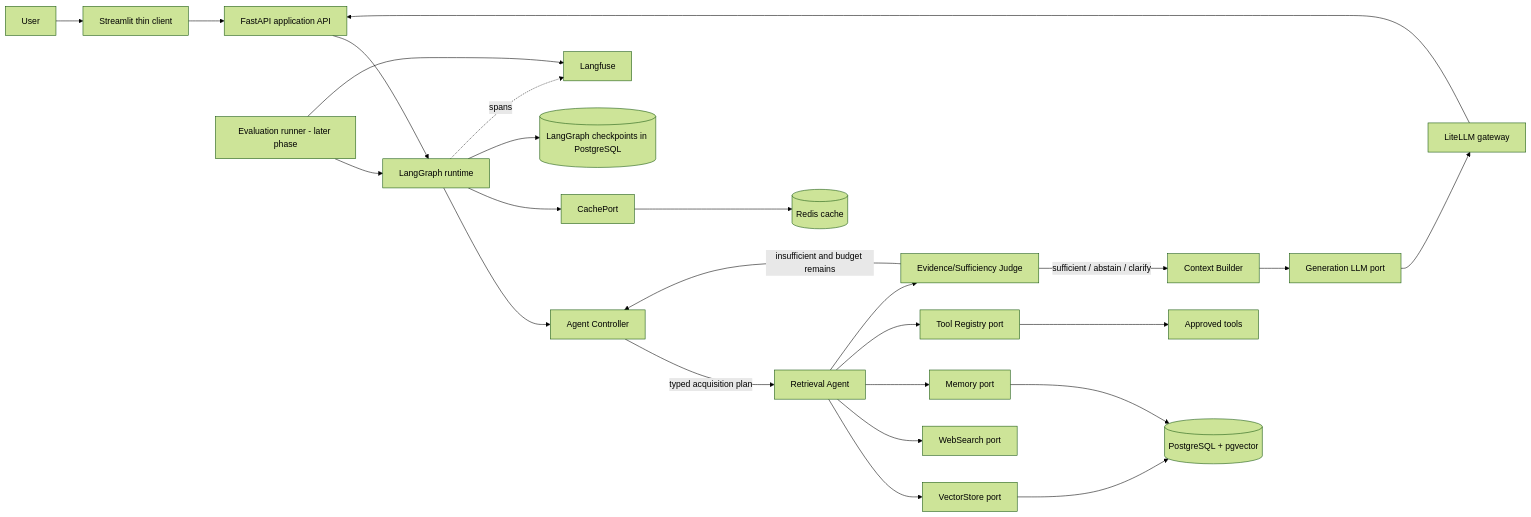
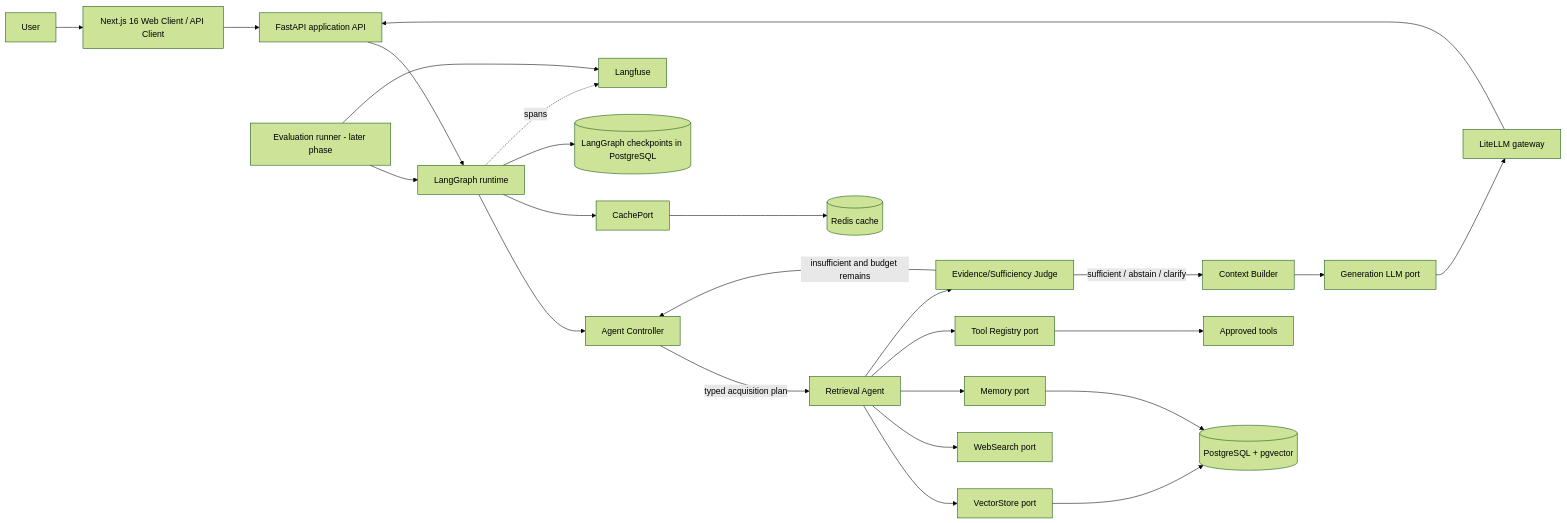
One commit to ayush23a/KriyamaanAI changed the diagram in kriyaman/docs/REBUILD_SPEC.md. Above: the diagram before and after it, drawn with Mermaid (forest theme). The commit also changed other lines of this file and 64 other files, not shown here.

````diff
--- a/kriyaman/docs/REBUILD_SPEC.md
+++ b/kriyaman/docs/REBUILD_SPEC.md
@@ -48,27 +48,27 @@
 ```mermaid
 flowchart LR
-    U[User] --> UI[Streamlit thin client]
+    U[User] --> UI[Next.js 16 Web Client / API Client]
     UI --> API[FastAPI application API]
     API --> G[LangGraph runtime]
     G --> C[Agent Controller]
     C -->|typed acquisition plan| R[Retrieval Agent]
     R --> V[VectorStore port]
     V --> PG[(PostgreSQL + pgvector)]
     R --> W[WebSearch port]
     R --> M[Memory port]
     M --> PG
     G --> CA[CachePort]
     CA --> RD[(Redis cache)]
     R --> T[Tool Registry port]
     T --> X[Approved tools]
     R --> J[Evidence/Sufficiency Judge]
     J -->|insufficient and budget remains| C
     J -->|sufficient / abstain / clarify| CB[Context Builder]
     CB --> L[Generation LLM port]
     L --> LGW[LiteLLM gateway]
     LGW --> API
     G --> CP[(LangGraph checkpoints in PostgreSQL)]
     G -. spans .-> LF[Langfuse]
     E[Evaluation runner - later phase] --> G
     E --> LF
 ```
````
